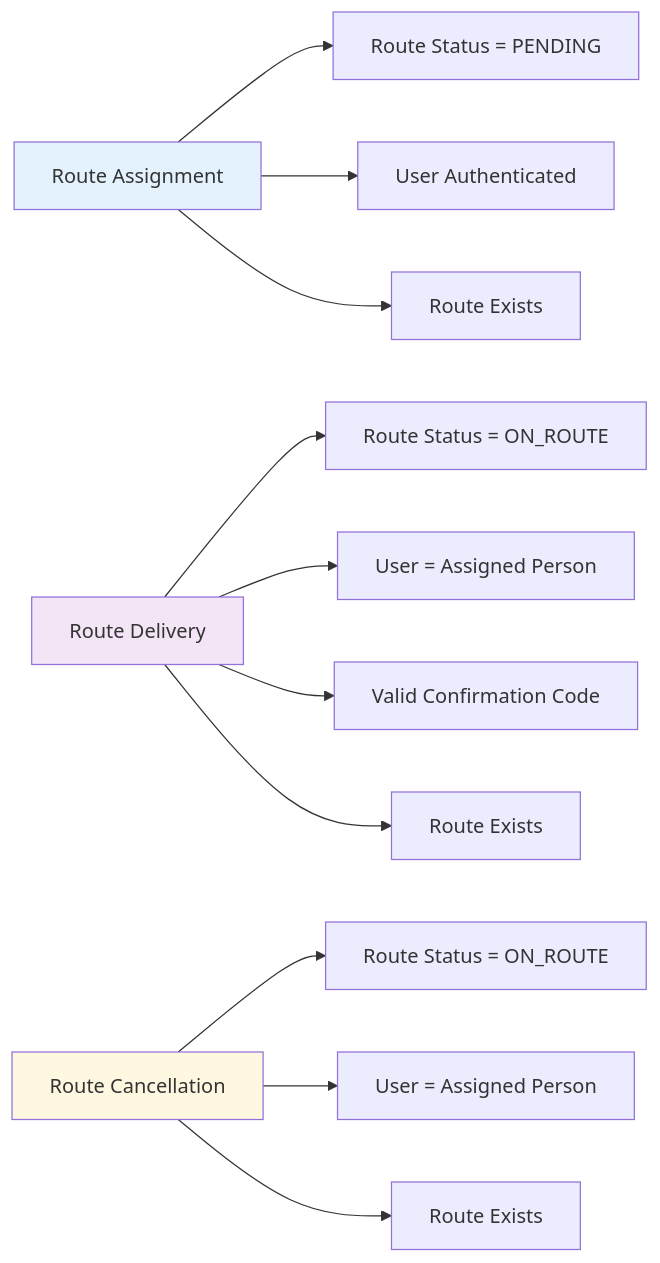
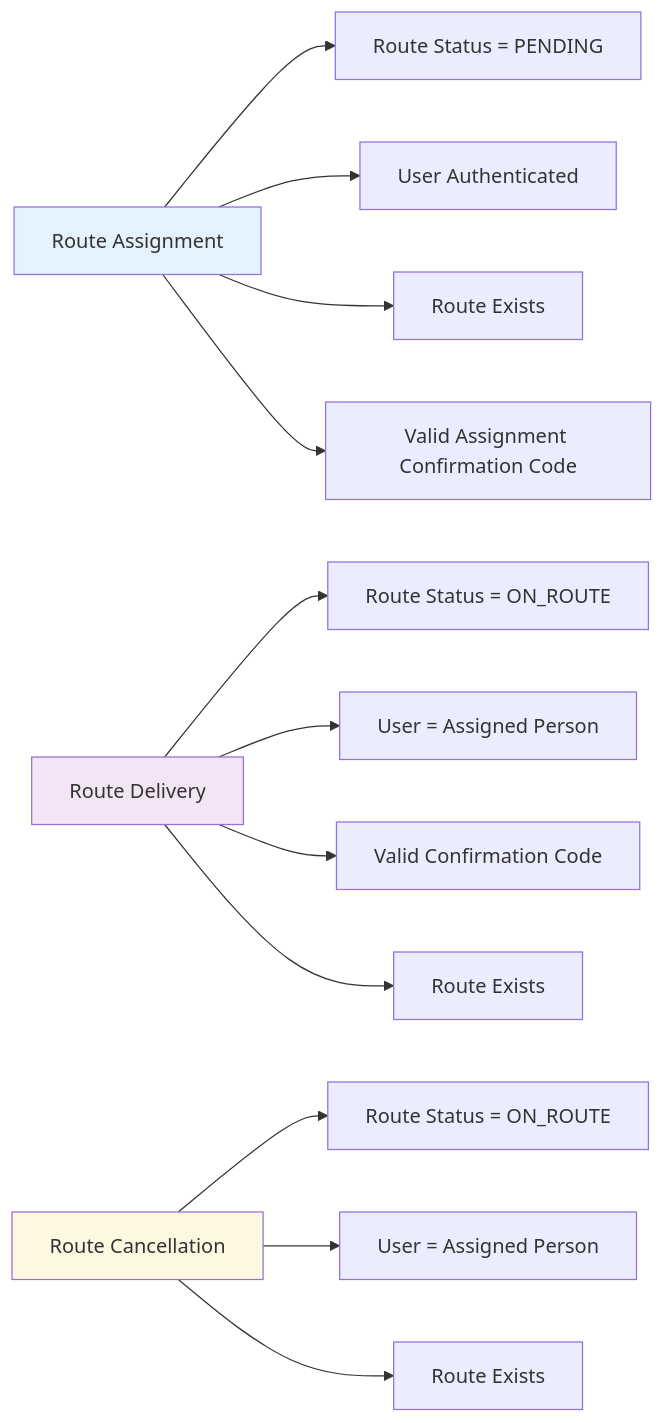
One commit to carlos-illobre/desarrollo-de-aplicaciones-i-backend changed the fifth of 6 diagrams in Route_Lifecycle_Flow.md. Above: the diagram before and after it, drawn with Mermaid. The commit also changed other lines of this file and 5 other files, not shown here.

Commit message:
Added confirmation code to assignment api

````diff
--- a/Route_Lifecycle_Flow.md
+++ b/Route_Lifecycle_Flow.md
@@ -136,19 +137,20 @@
 ```mermaid
 graph LR
     A[Route Assignment] --> A1[Route Status = PENDING]
     A --> A2[User Authenticated]
     A --> A3[Route Exists]
+    A --> A4[Valid Assignment Confirmation Code]
 
     B[Route Delivery] --> B1[Route Status = ON_ROUTE]
     B --> B2[User = Assigned Person]
     B --> B3[Valid Confirmation Code]
     B --> B4[Route Exists]
 
     C[Route Cancellation] --> C1[Route Status = ON_ROUTE]
     C --> C2[User = Assigned Person]
     C --> C3[Route Exists]
 
     style A fill:#e3f2fd
     style B fill:#f3e5f5
     style C fill:#fff8e1
 ```
````
